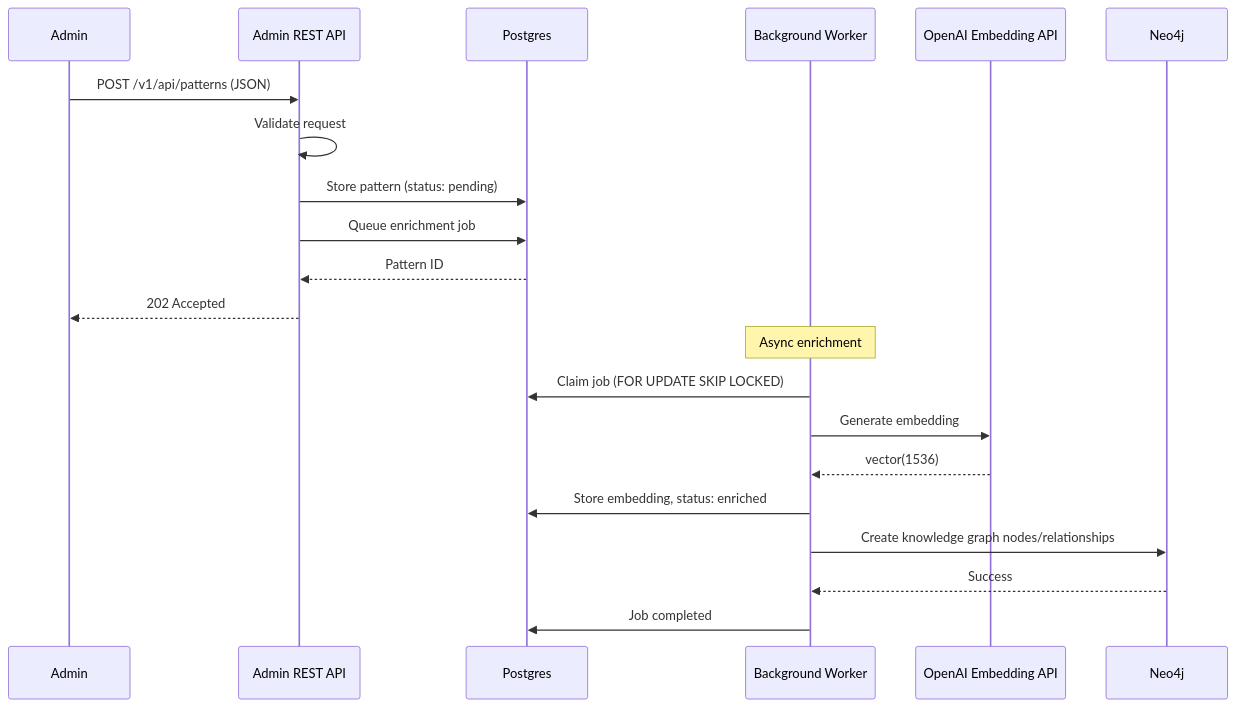
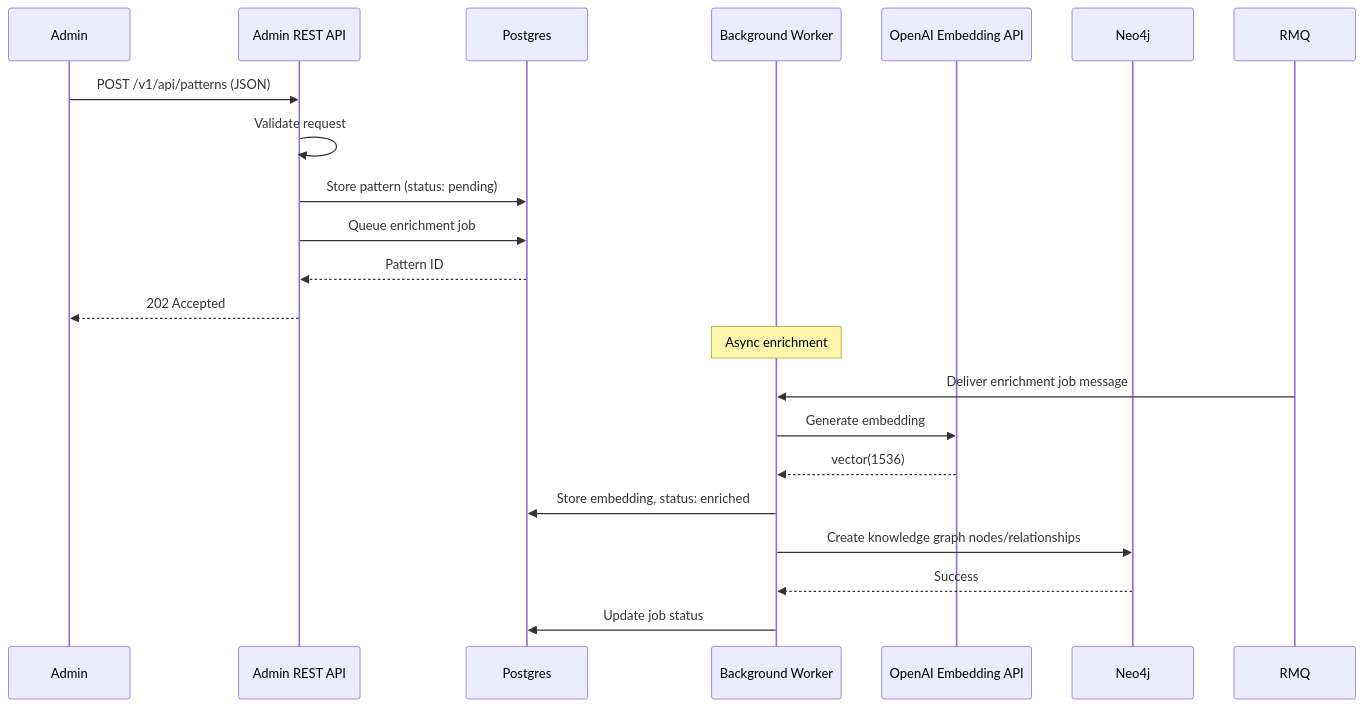
The fourth of 6 diagrams in docs/architecture/02-system-architecture.md (twistingmercury/mnemonic-enricher), drawn with Mermaid before and after one commit. The commit also changed other lines of this file and 5 other files, not shown here.

First line of the commit message:
docs: fix queue architecture from Postgres to RabbitMQ

````diff
--- a/docs/architecture/02-system-architecture.md
+++ b/docs/architecture/02-system-architecture.md
@@ -201,25 +201,25 @@
 ```mermaid
 sequenceDiagram
     participant Admin
     participant REST as Admin REST API
     participant PG as Postgres
     participant WORKER as Background Worker
     participant OPENAI as OpenAI Embedding API
     participant NEO as Neo4j
 
     Admin->>REST: POST /v1/api/patterns (JSON)
     REST->>REST: Validate request
     REST->>PG: Store pattern (status: pending)
     REST->>PG: Queue enrichment job
     PG-->>REST: Pattern ID
     REST-->>Admin: 202 Accepted
 
     Note over WORKER: Async enrichment
-    WORKER->>PG: Claim job (FOR UPDATE SKIP LOCKED)
+    RMQ->>WORKER: Deliver enrichment job message
     WORKER->>OPENAI: Generate embedding
     OPENAI-->>WORKER: vector(1536)
     WORKER->>PG: Store embedding, status: enriched
     WORKER->>NEO: Create knowledge graph nodes/relationships
     NEO-->>WORKER: Success
-    WORKER->>PG: Job completed
+    WORKER->>PG: Update job status
 ```
````
